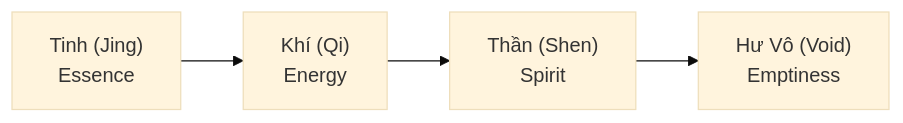
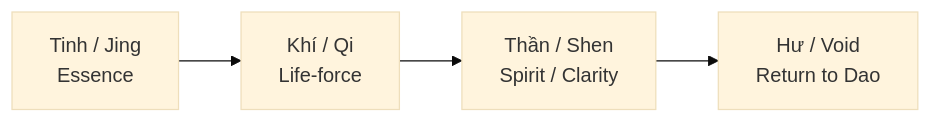
Before and after one commit to dyukahi/knowledge: the diagram in esoterica/Tinh Khí Thần.md, drawn with Mermaid (base theme). The commit also changed other lines of this file and 4 other files, not shown here.

Commit message:
docs: rewrite cabal quinton and jing qi shen notes

````diff
--- a/esoterica/Tinh Khí Thần.md
+++ b/esoterica/Tinh Khí Thần.md
@@ -65,9 +138,6 @@
 ```mermaid
 flowchart LR
-    J["Tinh (Jing)<br/>Essence"]
-    Q["Khí (Qi)<br/>Energy"]
-    S["Thần (Shen)<br/>Spirit"]
-    V["Hư Vô (Void)<br/>Emptiness"]
-    
-    J --> Q --> S --> V
+    J[Tinh / Jing<br/>Essence] --> Q[Khí / Qi<br/>Life-force]
+    Q --> S[Thần / Shen<br/>Spirit / Clarity]
+    S --> V[Hư / Void<br/>Return to Dao]
 ```
````
